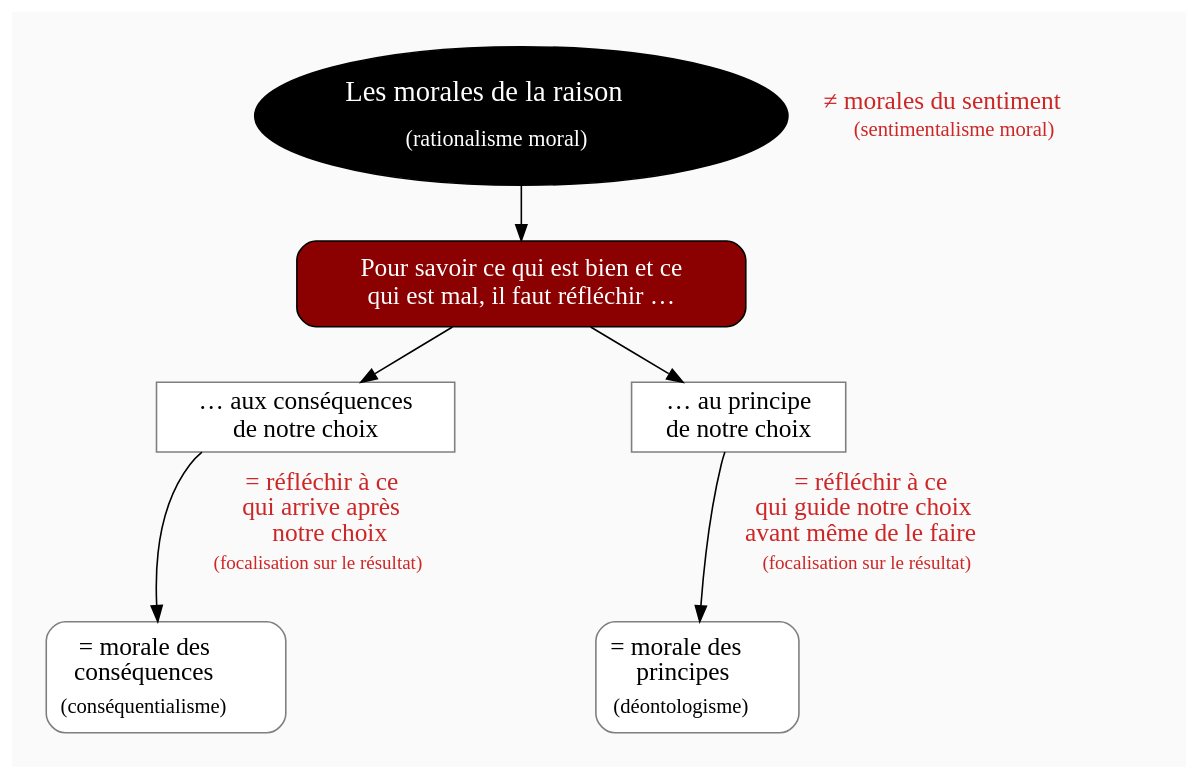
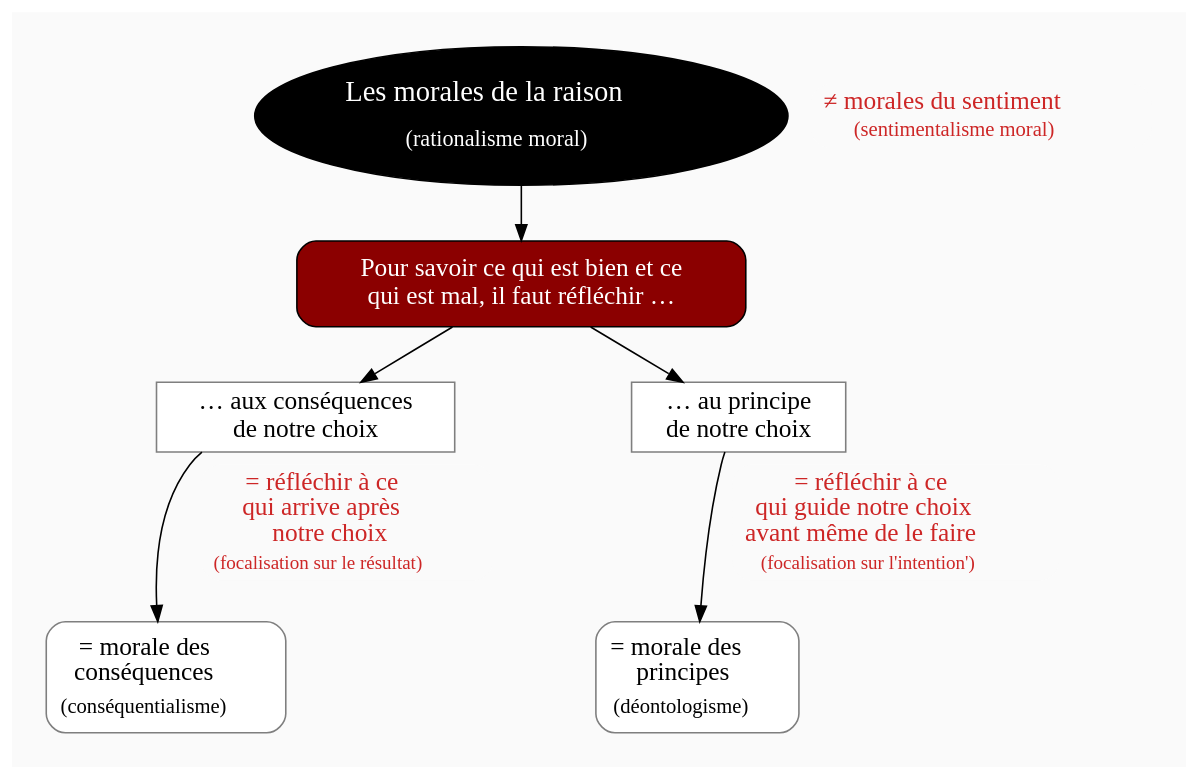
The diagram in diagram/morales-de-la-raison.dot (eyssette/graphviz-examples), drawn with Graphviz before and after one commit. The commit also changed other lines of this file, not shown here.

```diff
--- a/diagram/morales-de-la-raison.dot
+++ b/diagram/morales-de-la-raison.dot
@@ -1,101 +1,101 @@
 digraph G {
 //rankdir=LR
 splines=true
 //splines=curved
 bgcolor=grey98
 pad=0.3
 style=filled
 edge[minlen=4]
 ranksep=0.1
 nodesep=0.2 // valeur à changer ?
 
 // NIVEAU 1
 node[style=filled; fillcolor=12 ; fontcolor=white ; fontsize=18]
 // a1[label=""]
 a1[label=<Les morales de la raison<br/>
 <font point-size="14"><br/>(rationalisme moral)</font>>;margin=0.11]
 
 // NIVEAU 2
 node[style=filled;fillcolor=red4;fontcolor=white; fontsize=16]
 // b1[label=""]
 a1->b1
 b1[label="Pour savoir ce qui est bien et ce
 qui est mal, il faut réfléchir …";shape=box;margin=0.13;style="filled,rounded"]   
 
 
 
 
 // NIVEAU 3 (sans intermédiaire)
 node [shape=box; style=filled;fillcolor=white;fontcolor=black;color=grey50]
 // c1[label=""]
 b1->{c1,c2}
 c1[label="… aux conséquences
 de notre choix"]
 c2[label="… au principe
 de notre choix"]
 
 {rank=same;c1->c2[style=invis;minlen=8]}
 
 // INTERMEDIAIRE AVANT NIVEAU 3
 node[style=filled;fillcolor=grey78;shape=oval]
 // [arrowhead=none]
 // bc1[label=""]
 
 // NIVEAU 3 (avec intermédiaire)
 node[style="filled";fillcolor=white;shape=box;color=grey50]
 // c1[label=""]
 
 // NIVEAU 4
 node[style="filled, rounded";fillcolor=white;shape=box;color=grey50]
 // d1[label=""]
 
 c1->d1
 d1[label=<= morale des<br/>
 conséquences<br/>
 <font point-size="7"><br/></font>
 <font point-size="13">(conséquentialisme)</font>>;margin=0.13]
 
 c2->d2
 d2[label=<= morale des<br/>
 principes<br/>
 <font point-size="7"><br/></font>
 <font point-size="13">(déontologisme)</font>>;margin=0.13]
 
 {rank=same;d1->d2[style=invis;minlen=14]}
 
 // ETIQUETTES EN ROUGE
 node[shape=plaintext;fontcolor=firebrick3;fillcolor=grey98]
 // e1[label=< <B>= Titre</B><BR /><BR />Contenu<BR /> >]
 // e1[label=""]
 // ->e1[minlen=1;style=invis
 
 
 a1->e1[minlen=0;style=invis]
 e1[label=<≠ morales du sentiment<br/>
 <font point-size="3"><br/></font>
 <font point-size="13">(sentimentalisme moral)</font>>]
 
 c1->e2[minlen=1;style=invis]
 e2[label=<= réfléchir à ce<br/>
 qui arrive après<br/>
 notre choix<br/>
 <font point-size="5"><br/></font>
 <font point-size="12">(focalisation sur le résultat)</font>>]
 
 c2->e3[minlen=1;style=invis]
 e3[label=<= réfléchir à ce<br/>
 qui guide notre choix<br/>
 avant même de le faire<br/>
 <font point-size="5"><br/></font>
-<font point-size="12">(focalisation sur le résultat)</font>>]
+<font point-size="12">(focalisation sur l'intention')</font>>]
 
 
 // Remarques
 node[color=blue;shape=box;style=filled;margin=0.07;fontcolor=black;fontsize=13]
 edge[color=blue;arrowhead="none";xlabel="";style=dashed]
 // r1[label=""]
 // {rank=same;->r1}
 // {rank=same;r1->[dir=back]}
 
 
 }
```
